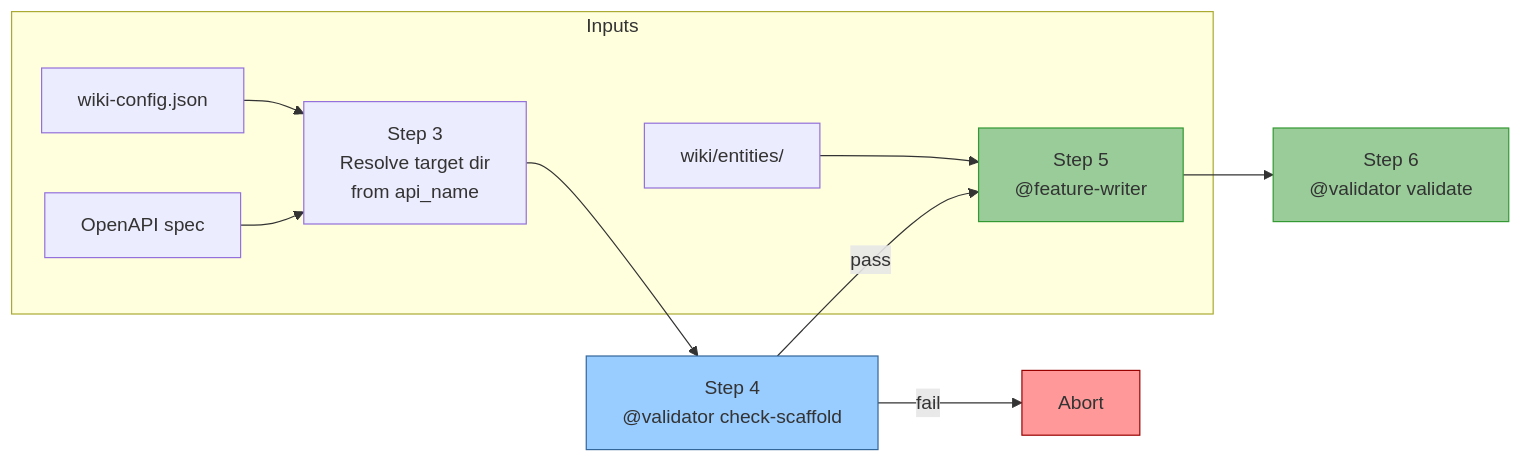
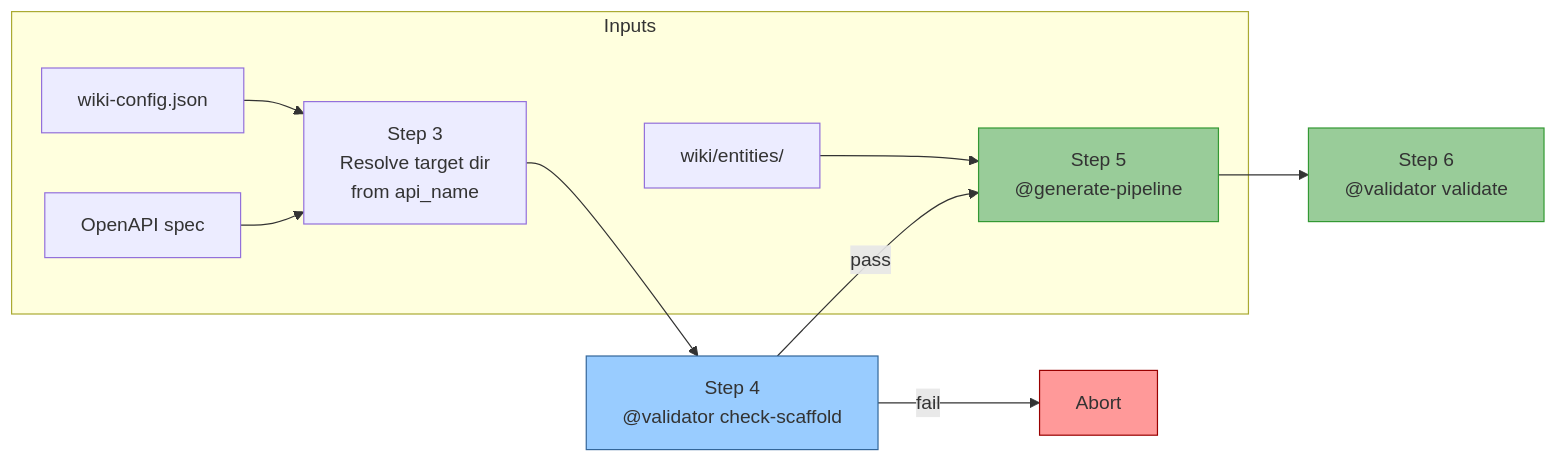
The first of 2 diagrams in README.md (sangharshgautam/cucumber-llm-wiki), drawn with Mermaid before and after one commit. The commit also changed other lines of this file and 4 other files, not shown here.

````diff
--- a/README.md
+++ b/README.md
@@ -48,19 +48,19 @@
 ```mermaid
 flowchart LR
     subgraph Inputs
         A[wiki-config.json] --> D
         B[OpenAPI spec] --> D
         C[wiki/entities/] --> F
     end
 
     D[Step 3<br/>Resolve target dir<br/>from api_name] --> E[Step 4<br/>@validator check-scaffold]
-    E -->|pass| F[Step 5<br/>@feature-writer]
+    E -->|pass| F[Step 5<br/>@generate-pipeline]
     E -->|fail| X[Abort]
 
     F --> G[Step 6<br/>@validator validate]
 
     style X fill:#f99,stroke:#900
     style E fill:#9cf,stroke:#369
     style F fill:#9c9,stroke:#393
     style G fill:#9c9,stroke:#393
 ```
````
